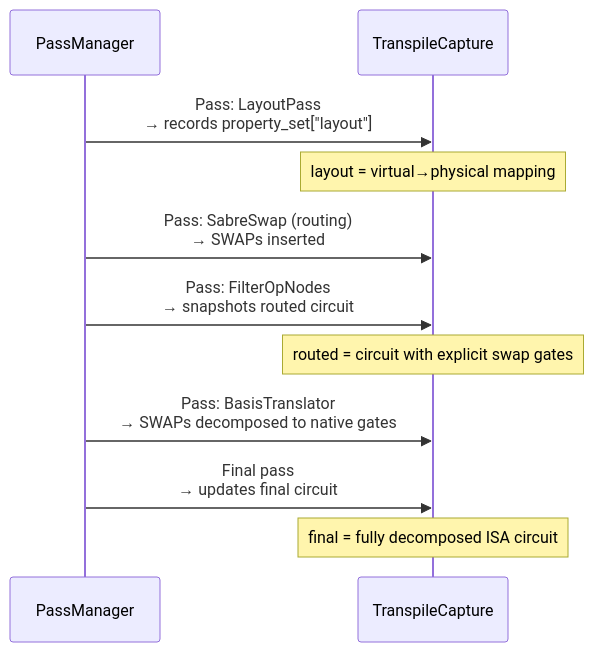
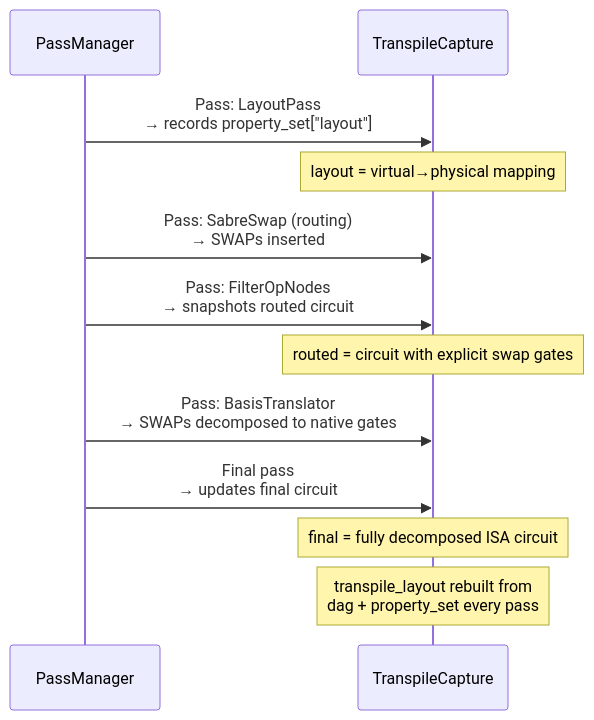
The second of 6 diagrams in docs/data-flow.md (Wu-Quantum-Computing-Lab/ProxyFidelity), drawn with Mermaid before and after one commit. The commit also changed other lines of this file and 3 other files, not shown here.

````diff
--- a/docs/data-flow.md
+++ b/docs/data-flow.md
@@ -31,14 +31,15 @@
 ```mermaid
 sequenceDiagram
     participant PM as PassManager
     participant TC as TranspileCapture
 
     PM->>TC: Pass: LayoutPass<br/>→ records property_set["layout"]
     Note over TC: layout = virtual→physical mapping
     PM->>TC: Pass: SabreSwap (routing)<br/>→ SWAPs inserted
     PM->>TC: Pass: FilterOpNodes<br/>→ snapshots routed circuit
     Note over TC: routed = circuit with explicit swap gates
     PM->>TC: Pass: BasisTranslator<br/>→ SWAPs decomposed to native gates
     PM->>TC: Final pass<br/>→ updates final circuit
     Note over TC: final = fully decomposed ISA circuit
+    Note over TC: transpile_layout rebuilt from<br/>dag + property_set every pass
 ```
````
